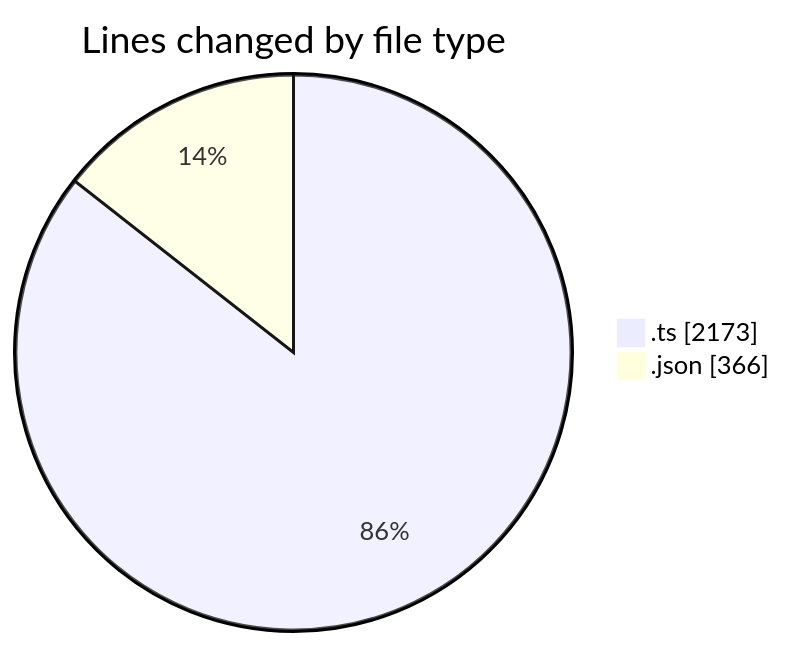
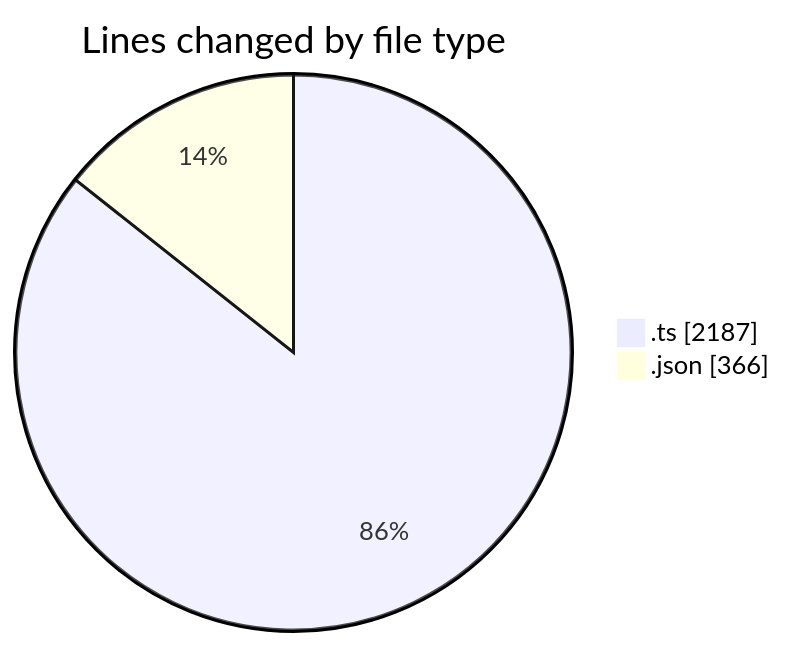
One commit to momahboobian/code-tracking changed the first of 2 diagrams in 2025-10-27/cda/README.md. Above: the diagram before and after it, drawn with Mermaid. The commit also changed other lines of this file and 1 other file, not shown here.

````diff
--- a/2025-10-27/cda/README.md
+++ b/2025-10-27/cda/README.md
@@ -26,6 +26,6 @@
 ```mermaid
 pie showData
 title Lines changed by file type
-".ts" : 2173
+".ts" : 2187
 ".json" : 366
 ```
````
